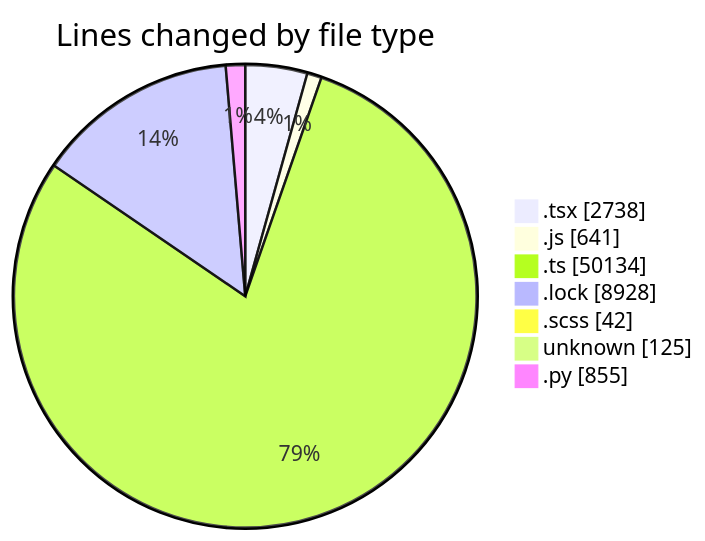
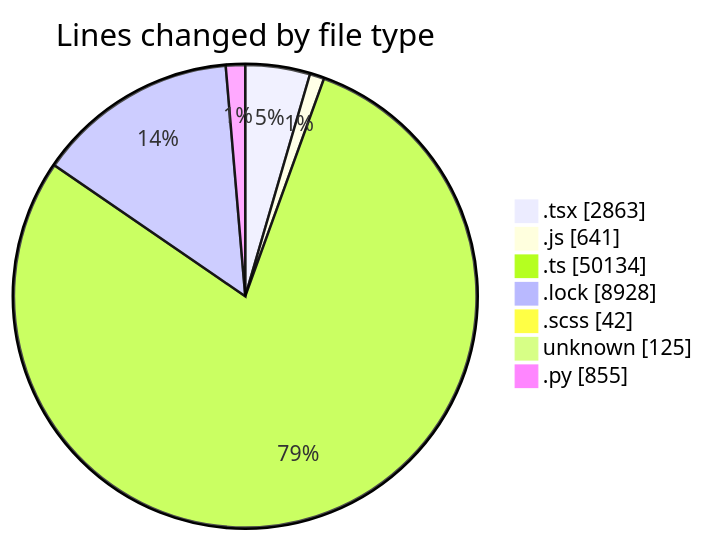
The first of 2 diagrams in 2026-09-16/cda/README.md (momahboobian/code-tracking), drawn with Mermaid before and after one commit. The commit also changed other lines of this file and 1 other file, not shown here.

````diff
--- a/2026-09-16/cda/README.md
+++ b/2026-09-16/cda/README.md
@@ -63,11 +63,11 @@
 ```mermaid
 pie showData
 title Lines changed by file type
-".tsx" : 2738
+".tsx" : 2863
 ".js" : 641
 ".ts" : 50134
 ".lock" : 8928
 ".scss" : 42
 "unknown" : 125
 ".py" : 855
 ```
````
